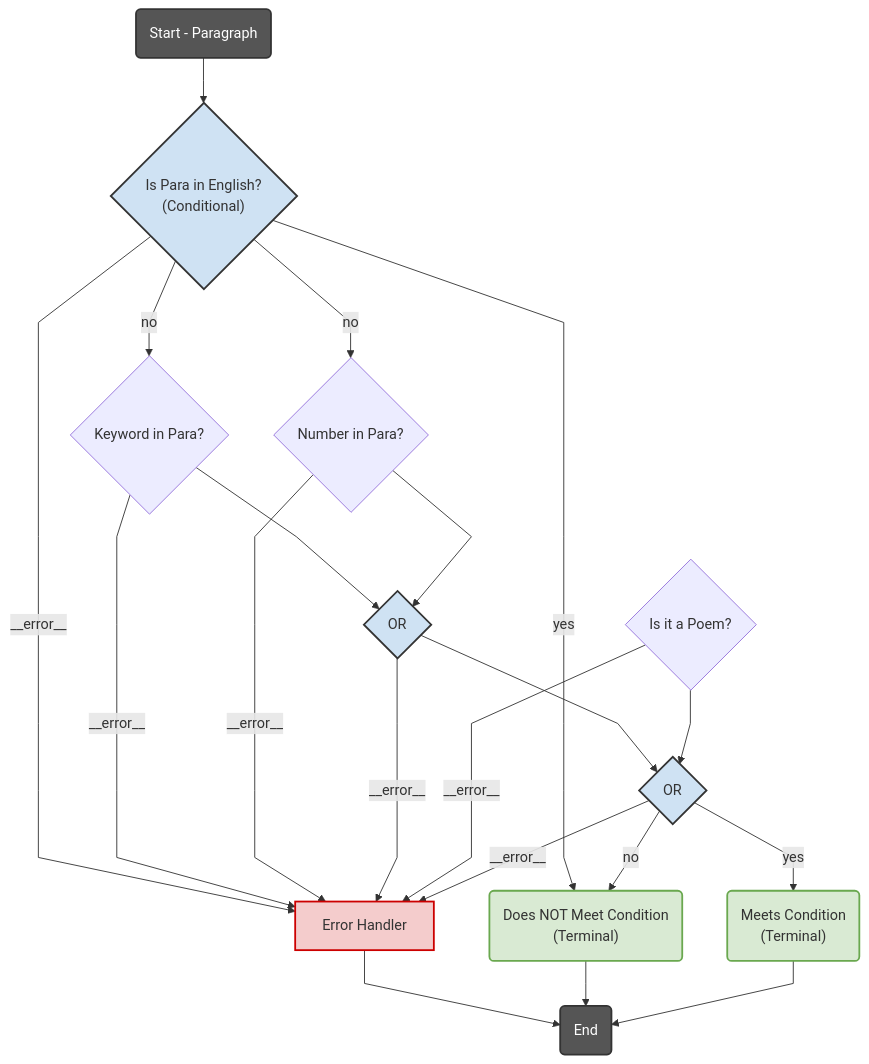
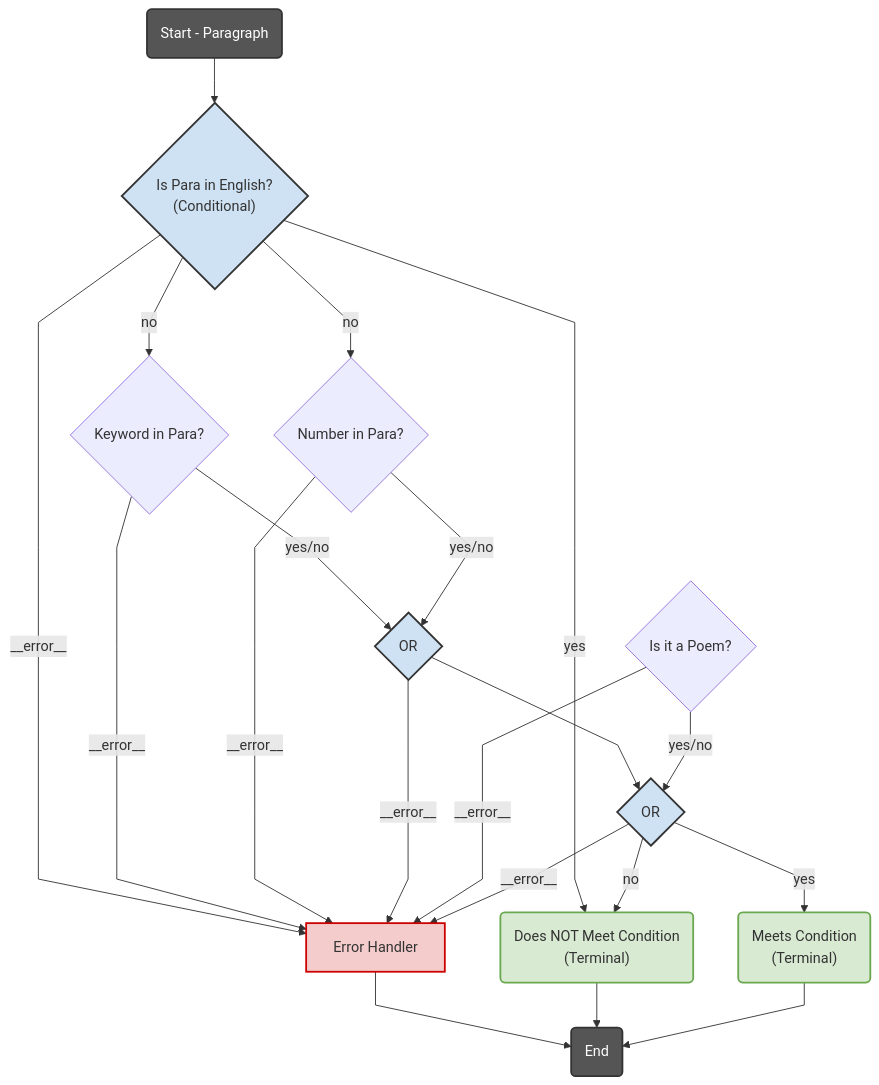
The diagram in README.md (wilmandj/langgraph_decision_engine), drawn with Mermaid before and after one commit.

````diff
--- a/README.md
+++ b/README.md
@@ -88,68 +88,68 @@
 ```mermaid
 ---
 config:
   flowchart:
     curve: linear
 ---
 graph TD;
     %% Node Definitions (Simplified Syntax with <br/> and Abstraction)
     __start__("Start - Paragraph"):::startEndNode
     wp_check_is_english{"Is Para in English?<br/>(Conditional)"}:::conditionalNode
     wp_check_word{"Keyword in Para?"}:::unconditionalNode
     wp_check_num{"Number in Para?"}:::unconditionalNode
     wp_check_poem{"Is it a Poem?"}:::unconditionalNode
     wp_check_word_or_num{"OR"}:::conditionalNode
       %% Abstracted Node 1
     wp_check_final_condition{"OR"}:::conditionalNode
       %% Abstracted Node 2 (Represents final AND logic outcome)
     wp_terminal_meets_condition("Meets Condition<br/>(Terminal)"):::terminalNode
     wp_terminal_does_not_meet_condition("Does NOT Meet Condition<br/>(Terminal)"):::terminalNode
     wp_error_handler_complex["Error Handler"]:::errorNode
     __end__("End"):::startEndNode
 
     %% Edges (Connections - Manually Rerouted for Abstraction)
     __start__ --> wp_check_is_english
 
     wp_error_handler_complex --> __end__
     wp_terminal_does_not_meet_condition --> __end__
     wp_terminal_meets_condition --> __end__
 
     %% If English, fails condition
     wp_check_is_english -- "yes" --> wp_terminal_does_not_meet_condition
     %% If not English, check the combined Word/Number condition
     wp_check_is_english -- "no" --> wp_check_word
     wp_check_is_english -- "no" --> wp_check_num
     %% wp_check_is_english -- "no" --> wp_check_word_or_num
     wp_check_is_english -- "__error__" --> wp_error_handler_complex
       %% Error from initial check
 
-    wp_check_word --> wp_check_word_or_num
+    wp_check_word -- "yes/no" --> wp_check_word_or_num
     wp_check_word -- "__error__" --> wp_error_handler_complex
-    wp_check_num --> wp_check_word_or_num
+    wp_check_num -- "yes/no" --> wp_check_word_or_num
     wp_check_num -- "__error__" --> wp_error_handler_complex
 
     %% After checking Word OR Num, check the final combined condition (including Is Poem?)
     wp_check_word_or_num --> wp_check_final_condition
     wp_check_word_or_num -- "__error__" --> wp_error_handler_complex
       %% Represent potential errors from underlying checks
 
-    wp_check_poem --> wp_check_final_condition
+    wp_check_poem -- "yes/no" --> wp_check_final_condition
     wp_check_poem -- "__error__" --> wp_error_handler_complex
 
     %% Route based on the final abstracted condition result
     wp_check_final_condition -- "yes" --> wp_terminal_meets_condition
     wp_check_final_condition -- "no" --> wp_terminal_does_not_meet_condition
     wp_check_final_condition -- "__error__" --> wp_error_handler_complex
       %% Represent potential errors from underlying checks
 
     %% Class Definitions (Styling - Kept the same)
     classDef conditionalNode fill:#cfe2f3,stroke:#333,stroke-width:2px;
     classDef llmNode fill:#d9d2e9,stroke:#333,stroke-width:2px,color:#000000;
     classDef gateNode fill:#fce5cd,stroke:#e69138,stroke-width:2px;
     classDef terminalNode fill:#d9ead3,stroke:#6aa84f,stroke-width:2px;
     classDef actionNode fill:#f3f3f3,stroke:#666,stroke-width:2px,stroke-dasharray: 5 5;
     classDef classificationNode fill:#d0e0e3,stroke:#45818e,stroke-width:2px;
     classDef errorNode fill:#f4cccc,stroke:#cc0000,stroke-width:2px;
     classDef unknownNode fill:#eee,stroke:#333,stroke-width:1px;
     classDef startEndNode fill:#555,stroke:#333,stroke-width:2px,color:#fff;
 ```
````
